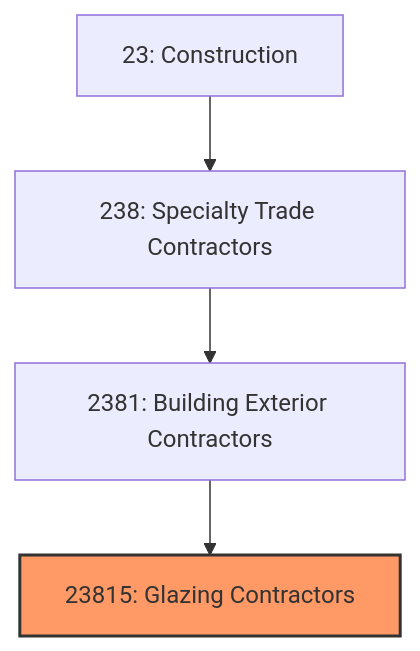
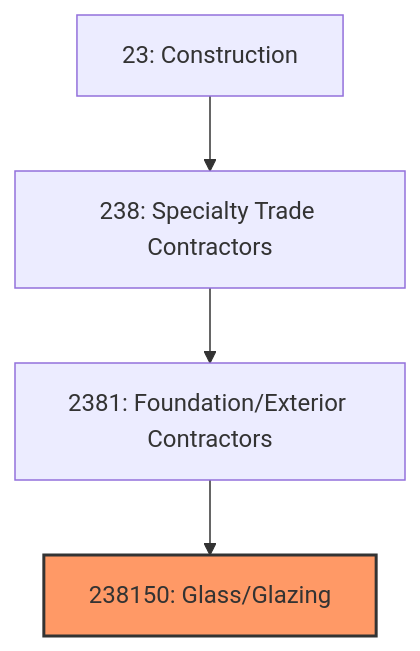
Before and after one commit to kziemski/business.org.ai: the first of 3 diagrams in industries/Construction/SpecialtyTradeContractors/BuildingExteriorContractors/GlazingContractors.mdx, drawn with Mermaid. The commit also changed other lines of this file and 20 other files, not shown here.

````diff
--- a/industries/Construction/SpecialtyTradeContractors/BuildingExteriorContractors/GlazingContractors.mdx
+++ b/industries/Construction/SpecialtyTradeContractors/BuildingExteriorContractors/GlazingContractors.mdx
@@ -20,8 +36,8 @@
 ```mermaid
 graph TD
     S23["23: Construction"]
     S23 --> N238["238: Specialty Trade Contractors"]
-    N238 --> N2381["2381: Building Exterior Contractors"]
-    N2381 --> N23815["23815: Glazing Contractors"]
-    style N23815 fill:#f96,stroke:#333,stroke-width:2px
+    N238 --> N2381["2381: Foundation/Exterior Contractors"]
+    N2381 --> N238150["238150: Glass/Glazing"]
+    style N238150 fill:#f96,stroke:#333,stroke-width:2px
 ```
````
